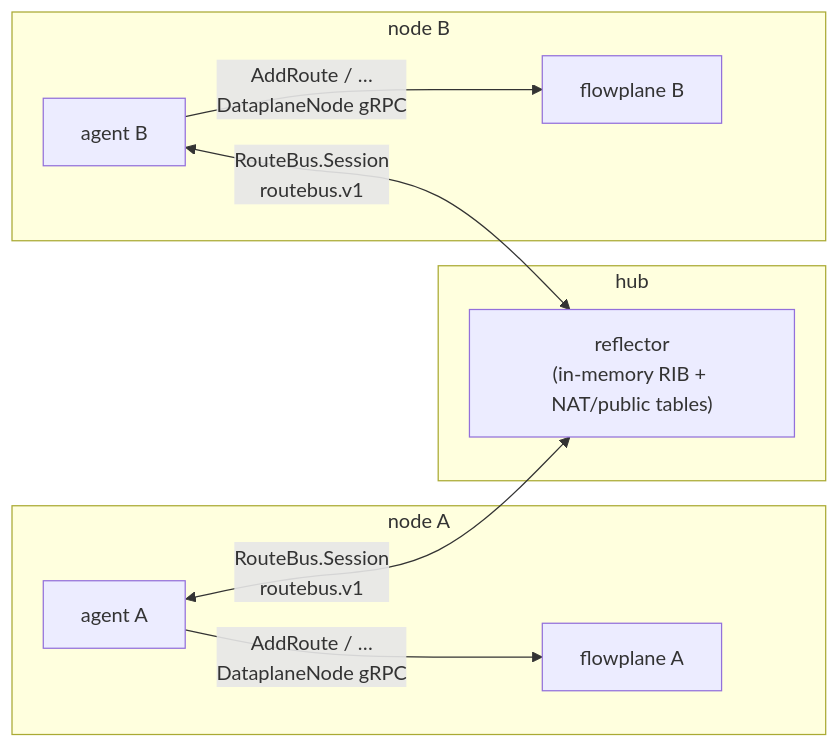
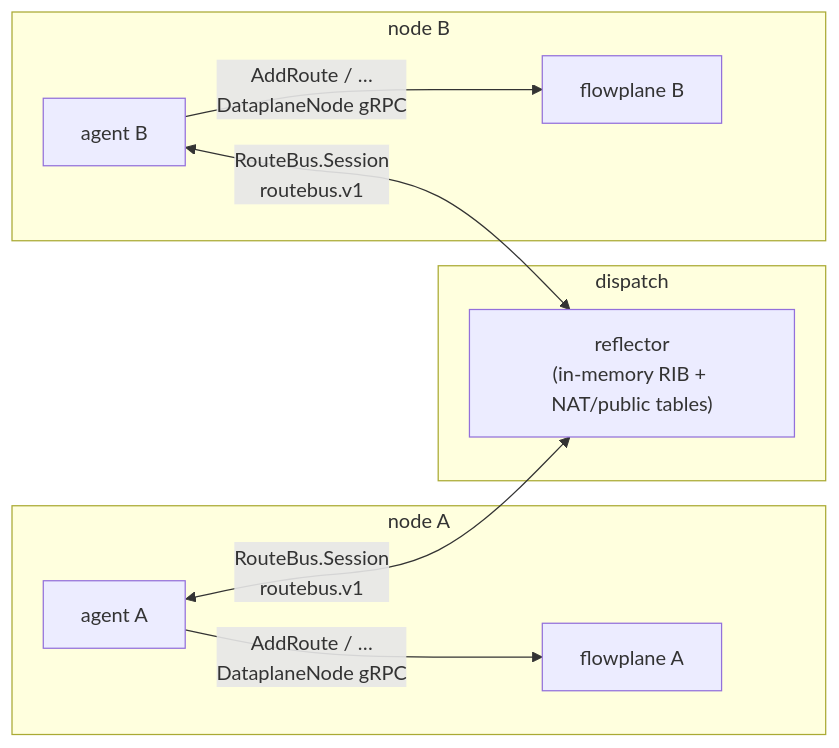
One commit to trevex/ectobase changed the first of 2 diagrams in docs/architecture/route-bus.md. Above: the diagram before and after it, drawn with Mermaid. The commit also changed other lines of this file and 490 other files, not shown here.

First line of the commit message:
refactor: rename subproject hub -> dispatch

````diff
--- a/docs/architecture/route-bus.md
+++ b/docs/architecture/route-bus.md
@@ -17,18 +17,18 @@
 ```mermaid
 flowchart LR
-    subgraph hub["hub"]
+    subgraph dispatch["dispatch"]
         reflector["reflector<br/>(in-memory RIB + NAT/public tables)"]
     end
     subgraph nodeA["node A"]
         agentA["agent A"]
         fpA["flowplane A"]
     end
     subgraph nodeB["node B"]
         agentB["agent B"]
         fpB["flowplane B"]
     end
     agentA <-->|RouteBus.Session<br/>routebus.v1| reflector
     agentB <-->|RouteBus.Session<br/>routebus.v1| reflector
     agentA -->|AddRoute / …<br/>DataplaneNode gRPC| fpA
     agentB -->|AddRoute / …<br/>DataplaneNode gRPC| fpB
 ```
````
